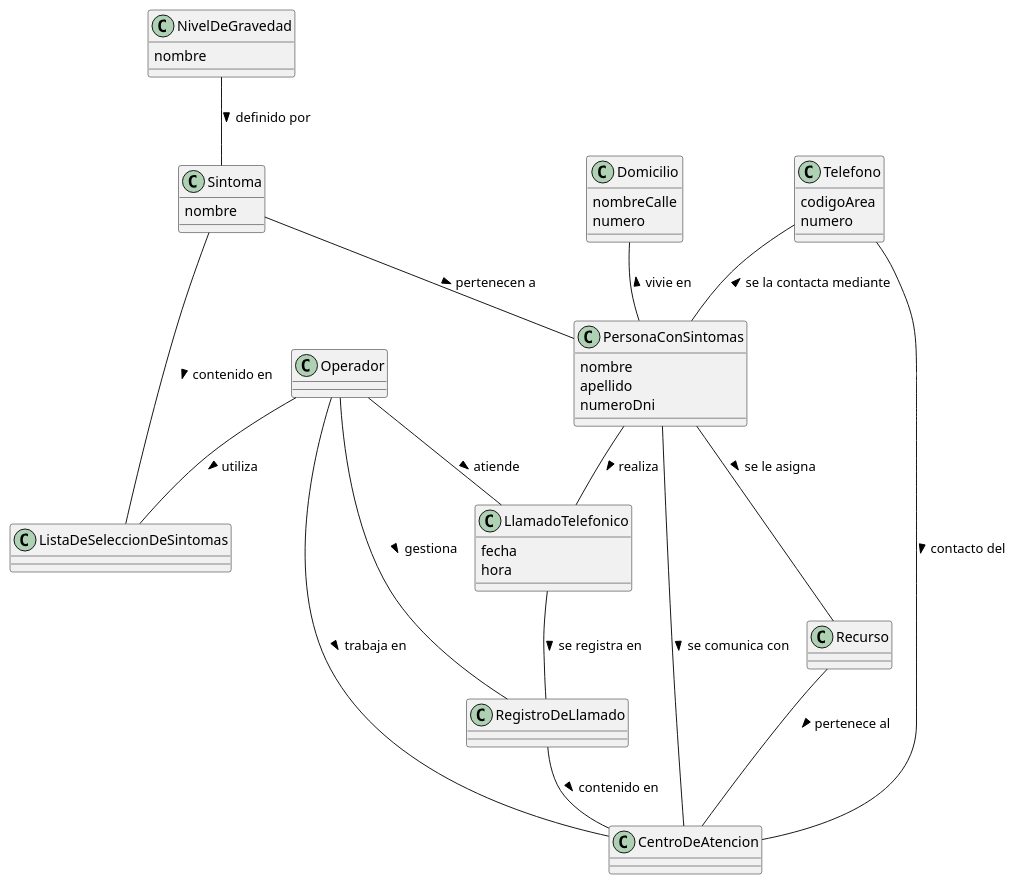
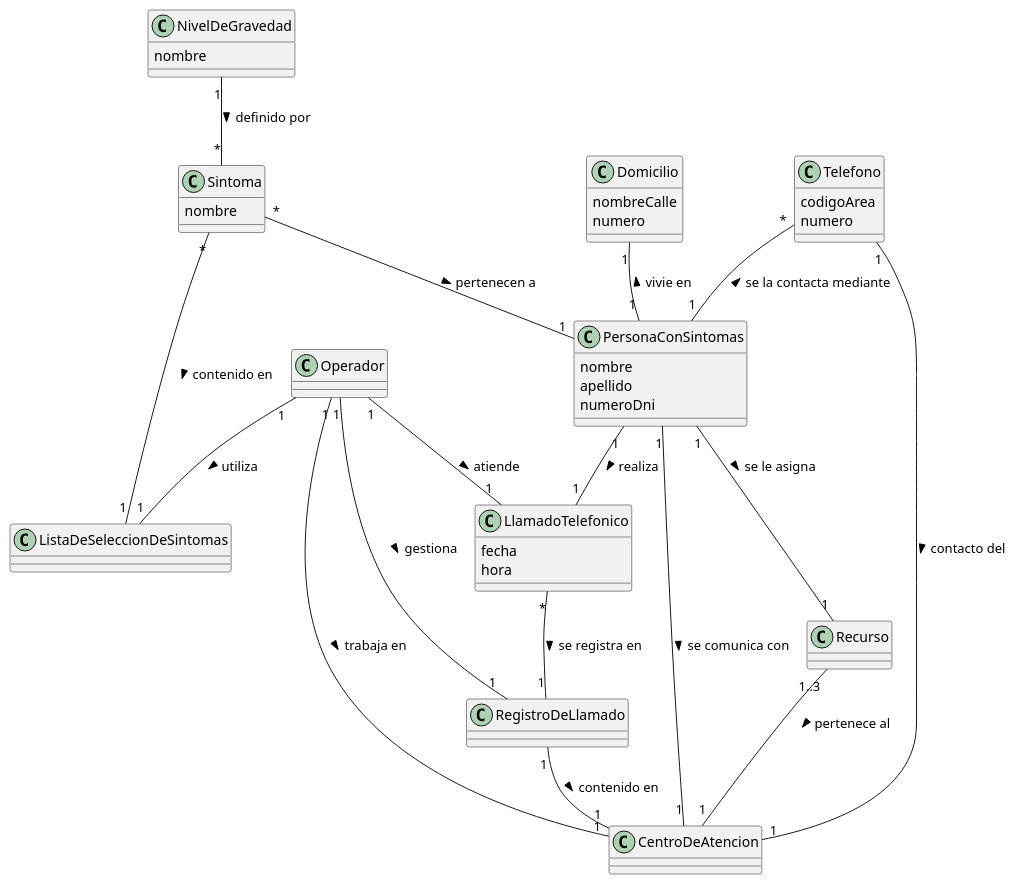
Before and after one commit to jgraneros/Centro-de-atencion-de-llamadas: the diagram in casos de uso/registrar llamada/porcion #1/modelo de dominio.puml, drawn with PlantUML.

Commit message:
se añadio la multiplicidad al modelo de dominio

```diff
--- a/casos de uso/registrar llamada/porcion #1/modelo de dominio.puml
+++ b/casos de uso/registrar llamada/porcion #1/modelo de dominio.puml
@@ -1,60 +1,59 @@
 @startuml modelo de dominio
 
 class PersonaConSintomas{
     nombre
     apellido
     numeroDni
 }
 
 class CentroDeAtencion{}
 class LlamadoTelefonico{
     fecha
     hora
 }
 class Operador{}
 class RegistroDeLlamado{}
 class ListaDeSeleccionDeSintomas{}
 class Sintoma{
     nombre
 }
 class NivelDeGravedad{
     nombre
 }
 class Recurso{}
 
 class Telefono{
     codigoArea
     numero
 }
 
 class Domicilio{
     nombreCalle
     numero
 }
 
 'asociaciones'
 
-Sintoma -- PersonaConSintomas: pertenecen a >
-Sintoma -- ListaDeSeleccionDeSintomas: contenido en >
-RegistroDeLlamado -- CentroDeAtencion: contenido en >
+Sintoma "*" -- "1" PersonaConSintomas: pertenecen a >
+Sintoma "*" -- "1" ListaDeSeleccionDeSintomas: contenido en >
+RegistroDeLlamado "1" -- "1" CentroDeAtencion: contenido en >
 
-LlamadoTelefonico -- RegistroDeLlamado: se registra en >
+LlamadoTelefonico "*" -- "1" RegistroDeLlamado: se registra en >
 
-Operador -- CentroDeAtencion: trabaja en >
-Operador -- RegistroDeLlamado: gestiona >
-Operador -- ListaDeSeleccionDeSintomas: utiliza >
+Operador "1" -- "1" CentroDeAtencion: trabaja en >
+Operador "1" -- "1" RegistroDeLlamado: gestiona >
+Operador "1" -- "1" ListaDeSeleccionDeSintomas: utiliza >
 
-PersonaConSintomas -- LlamadoTelefonico: realiza >
-Operador -- LlamadoTelefonico: atiende >
-NivelDeGravedad -- Sintoma: definido por >
+PersonaConSintomas "1" -- "1" LlamadoTelefonico: realiza >
+Operador "1" -- "1" LlamadoTelefonico: atiende >
+NivelDeGravedad "1" -- "*" Sintoma: definido por >
 
+Recurso "1..3" -- "1" CentroDeAtencion: pertenece al >
+PersonaConSintomas "1" -- "1" Recurso: se le asigna >
+PersonaConSintomas "1" -- "1" CentroDeAtencion: se comunica con >
 
-Recurso -- CentroDeAtencion: pertenece al >
-PersonaConSintomas -- Recurso: se le asigna >
-PersonaConSintomas -- CentroDeAtencion: se comunica con >
-
-Domicilio -- PersonaConSintomas: vivie en <
-Telefono -- PersonaConSintomas: se la contacta mediante <
-Telefono -- CentroDeAtencion: contacto del >
+Domicilio "1" -- "1" PersonaConSintomas: vivie en <
+Telefono "*" -- "1" PersonaConSintomas: se la contacta mediante <
+Telefono "1" -- "1" CentroDeAtencion: contacto del >
 
 @enduml
```
